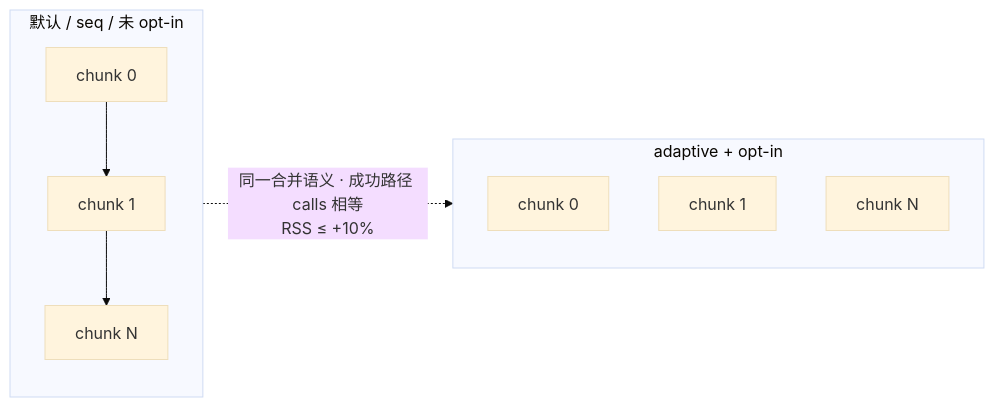
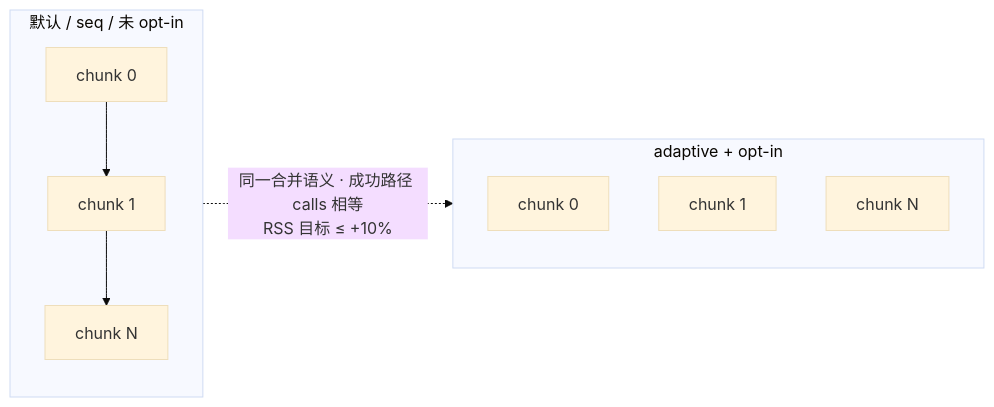
One commit to StrayDragon/scalim changed the second of 3 diagrams in docs/doc/releases/lookup-chunk-parallel-0.10.md. Above: the diagram before and after it, drawn with Mermaid (base theme). The commit also changed other lines of this file and 5 other files, not shown here.

First line of the commit message:
docs: sync 0.10 release charts with Python 3.6.15 A/B evidence

````diff
--- a/docs/doc/releases/lookup-chunk-parallel-0.10.md
+++ b/docs/doc/releases/lookup-chunk-parallel-0.10.md
@@ -74,14 +74,14 @@
 ```mermaid
 flowchart LR
   subgraph serial["默认 / seq / 未 opt-in"]
     S1[chunk 0] --> S2[chunk 1] --> S3[chunk N]
   end
 
   subgraph parallel["adaptive + opt-in"]
     P1[chunk 0]
     P2[chunk 1]
     P3[chunk N]
   end
 
-  serial -.->|同一合并语义 · 成功路径 calls 相等<br/>RSS ≤ +10%| parallel
+  serial -.->|同一合并语义 · 成功路径 calls 相等<br/>RSS 目标 ≤ +10%| parallel
 ```
````
